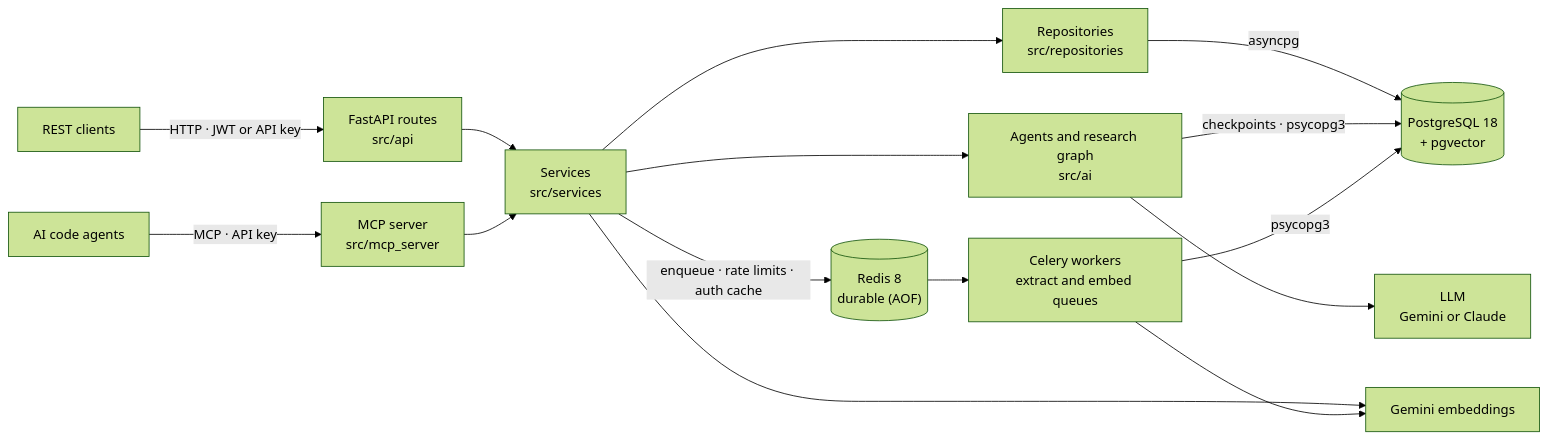
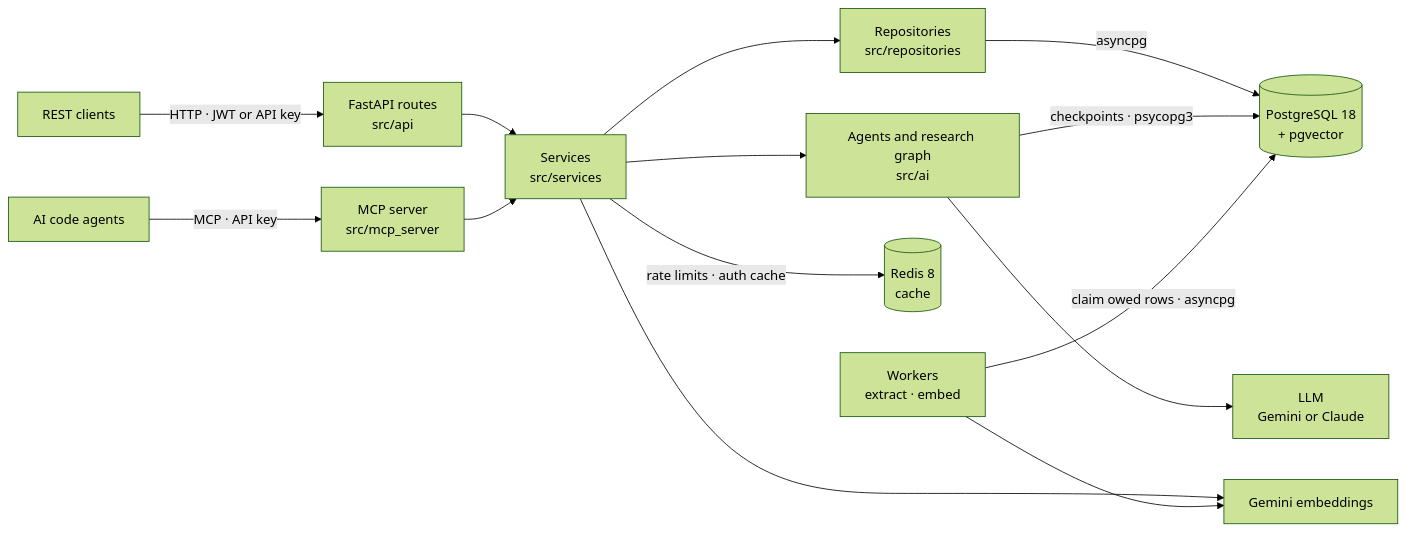
Before and after one commit to Serafim-Yablonski/KnowledgePlatform: the diagram in README.md, drawn with Mermaid (forest theme). The commit also changed other lines of this file and 56 other files, not shown here.

````diff
--- a/README.md
+++ b/README.md
@@ -24,17 +24,16 @@
 ```mermaid
 graph LR
     REST["REST clients"] -->|HTTP · JWT or API key| API["FastAPI routes<br/>src/api"]
     AGENT["AI code agents"] -->|MCP · API key| MCP["MCP server<br/>src/mcp_server"]
     API --> SVC["Services<br/>src/services"]
     MCP --> SVC
     SVC --> REPO["Repositories<br/>src/repositories"]
     SVC --> AI["Agents and research graph<br/>src/ai"]
     REPO -->|asyncpg| PG[("PostgreSQL 18<br/>+ pgvector")]
     AI -->|checkpoints · psycopg3| PG
     AI --> LLM["LLM<br/>Gemini or Claude"]
     SVC --> EMB["Gemini embeddings"]
-    SVC -->|enqueue · rate limits · auth cache| REDIS[("Redis 8<br/>durable (AOF)")]
-    REDIS --> W["Celery workers<br/>extract and embed queues"]
-    W -->|psycopg3| PG
+    SVC -->|rate limits · auth cache| REDIS[("Redis 8<br/>cache")]
+    W["Workers<br/>extract · embed"] -->|claim owed rows · asyncpg| PG
     W --> EMB
 ```
````
